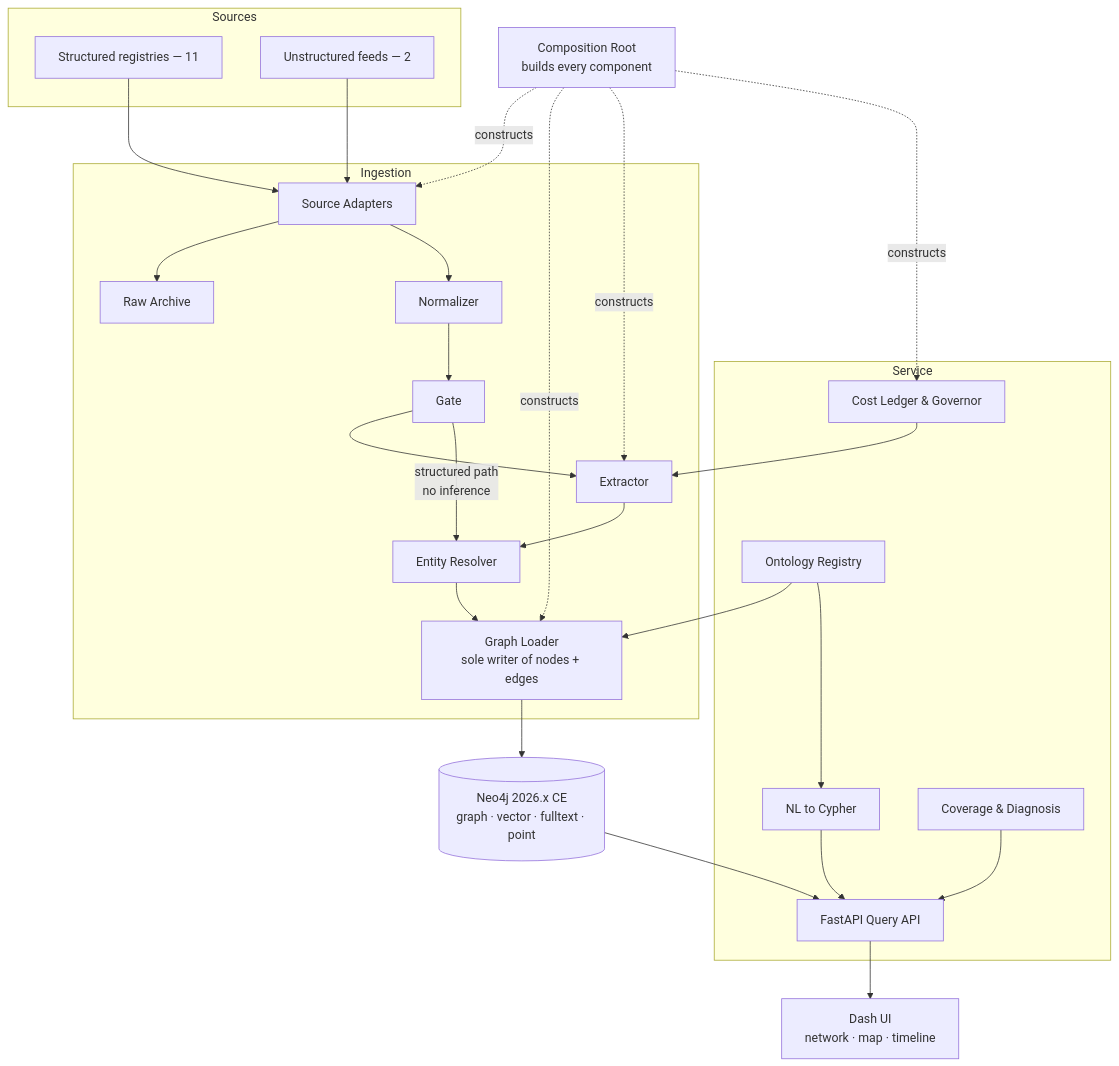
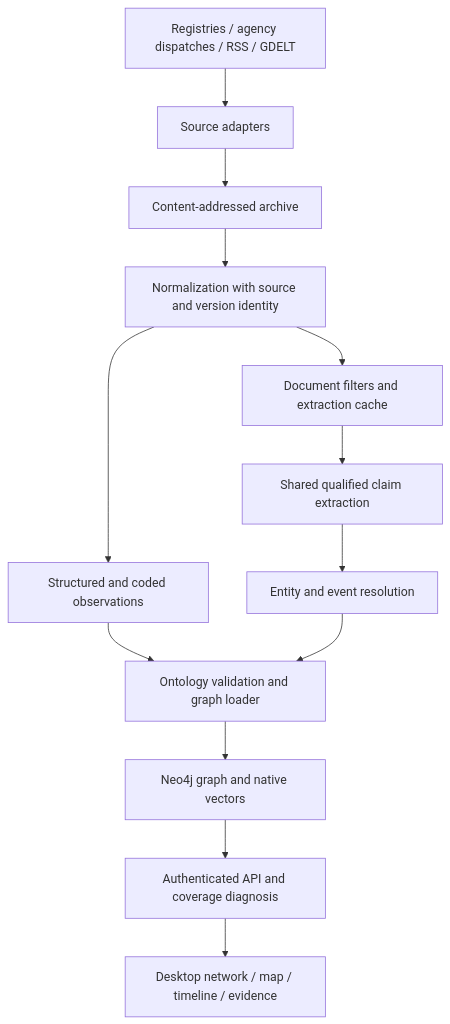
Before and after one commit to playa77/limes: the diagram in docs/LIMES_Design_Document_v2.0.0.md, drawn with Mermaid. The commit also changed other lines of this file and 24 other files, not shown here.

````diff
--- a/docs/LIMES_Design_Document_v2.0.0.md
+++ b/docs/LIMES_Design_Document_v2.0.0.md
@@ -157,54 +160,15 @@
 ```mermaid
 flowchart TD
-    CR[Composition Root<br/>builds every component]
-
-    subgraph Sources
-        S1[Structured registries — 11]
-        S2[Unstructured feeds — 2]
-    end
-
-    subgraph Ingestion
-        A[Source Adapters]
-        R[Raw Archive]
-        N[Normalizer]
-        G[Gate]
-        X[Extractor]
-        E[Entity Resolver]
-        L[Graph Loader<br/>sole writer of nodes + edges]
-    end
-
-    DB[(Neo4j 2026.x CE<br/>graph · vector · fulltext · point)]
-
-    subgraph Service
-        API[FastAPI Query API]
-        NLQ[NL to Cypher]
-        COV[Coverage & Diagnosis]
-        LED[Cost Ledger & Governor]
-        ONT[Ontology Registry]
-    end
-
-    UI[Dash UI<br/>network · map · timeline]
-
-    CR -.constructs.-> A
-    CR -.constructs.-> L
-    CR -.constructs.-> X
-    CR -.constructs.-> LED
-
-    S1 --> A
-    S2 --> A
-    A --> R
-    A --> N
-    N --> G
-    G --> X
-    G -->|structured path<br/>no inference| E
-    X --> E
+    S[Registries / agency dispatches / RSS / GDELT] --> A[Source adapters]
+    A --> R[Content-addressed archive]
+    R --> N[Normalization with source and version identity]
+    N --> C[Structured and coded observations]
+    N --> G[Document filters and extraction cache]
+    G --> X[Shared qualified claim extraction]
+    X --> E[Entity and event resolution]
+    C --> L[Ontology validation and graph loader]
     E --> L
-    L --> DB
-    ONT --> L
-    ONT --> NLQ
-    LED --> X
-    DB --> API
-    NLQ --> API
-    COV --> API
-    API --> UI
+    L --> DB[Neo4j graph and native vectors]
+    DB --> API[Authenticated API and coverage diagnosis]
+    API --> UI[Desktop network / map / timeline / evidence]
 ```
````
